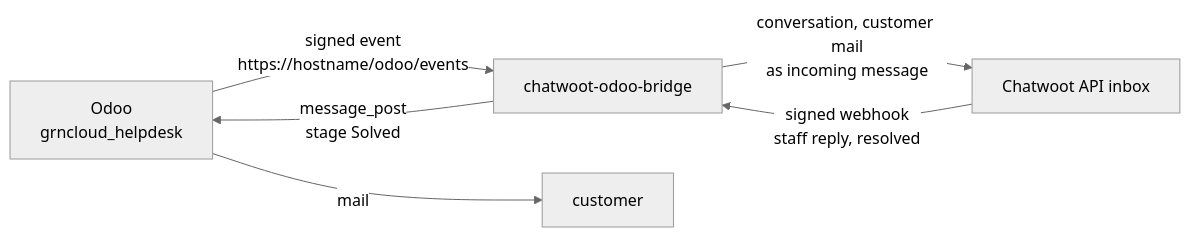
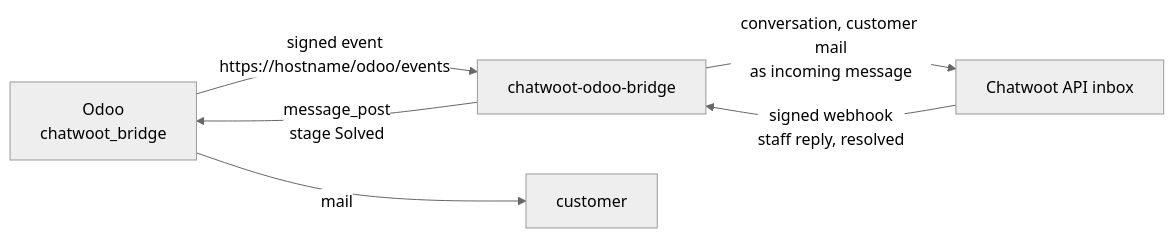
Before and after one commit to hoolia/apps.openshift.eu: the third of 3 diagrams in charts/chatwoot/README.md, drawn with Mermaid (neutral theme). The commit also changed other lines of this file and 41 other files, not shown here.

First line of the commit message:
HOSTING-2341 HOSTING-2006: Ship the Odoo module and an Odoo panel with chatwoot

````diff
--- a/charts/chatwoot/README.md
+++ b/charts/chatwoot/README.md
@@ -307,8 +311,8 @@
 ```mermaid
 flowchart LR
-    O["Odoo<br/>grncloud_helpdesk"] -->|"signed event<br/>https://hostname/odoo/events"| B["chatwoot-odoo-bridge"]
+    O["Odoo<br/>chatwoot_bridge"] -->|"signed event<br/>https://hostname/odoo/events"| B["chatwoot-odoo-bridge"]
     B -->|"conversation, customer mail<br/>as incoming message"| C["Chatwoot API inbox"]
     C -->|"signed webhook<br/>staff reply, resolved"| B
     B -->|"message_post<br/>stage Solved"| O
     O -->|"mail"| K["customer"]
 ```
````
